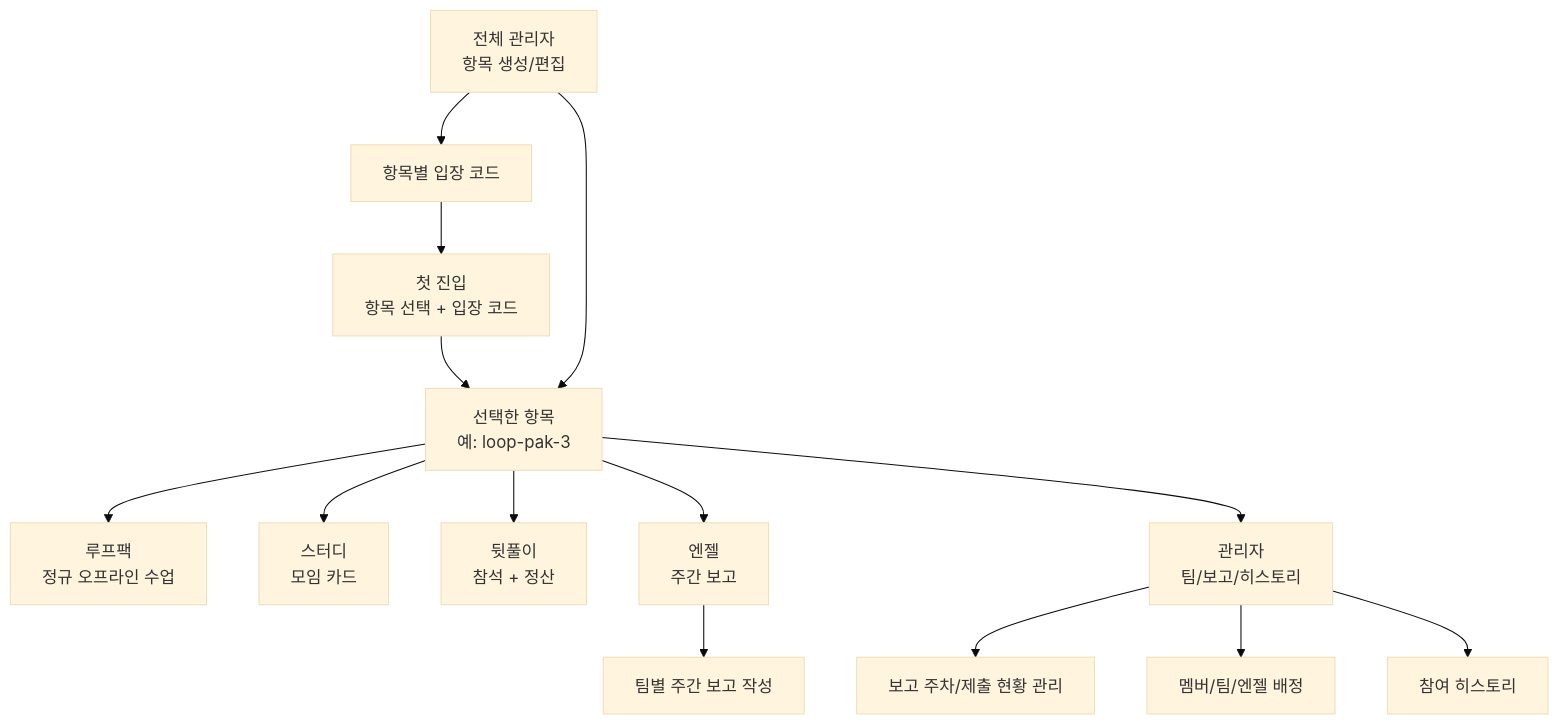
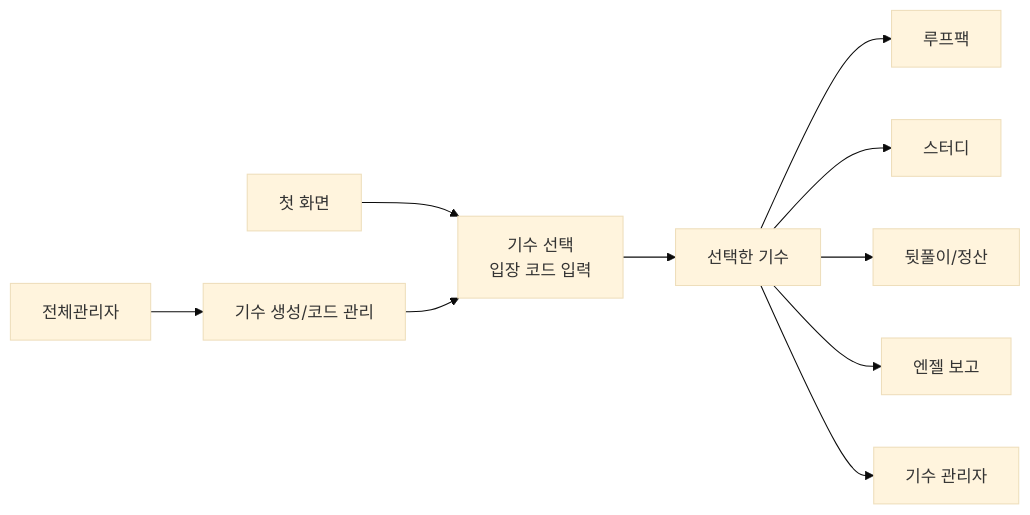
One commit to JeonJe/study-management changed the diagram in README.md. Above: the diagram before and after it, drawn with Mermaid (base theme). The commit also changed other lines of this file and 39 other files, not shown here.

````diff
--- a/README.md
+++ b/README.md
@@ -9,19 +9,12 @@
 ```mermaid
-flowchart TB
-  Entry["첫 진입<br/>항목 선택 + 입장 코드"] --> Unit["선택한 항목<br/>예: loop-pak-3"]
-
-  Unit --> LoopPak["루프팩<br/>정규 오프라인 수업"]
-  Unit --> Study["스터디<br/>모임 카드"]
-  Unit --> Afterparty["뒷풀이<br/>참석 + 정산"]
-  Unit --> Angel["엔젤<br/>주간 보고"]
-  Unit --> UnitAdmin["관리자<br/>팀/보고/히스토리"]
-
-  GlobalAdmin["전체 관리자<br/>항목 생성/편집"] --> Unit
-  GlobalAdmin --> AccessCode["항목별 입장 코드"]
-  AccessCode --> Entry
-
-  Angel --> Reports["팀별 주간 보고 작성"]
-  UnitAdmin --> ReportAdmin["보고 주차/제출 현황 관리"]
-  UnitAdmin --> Members["멤버/팀/엔젤 배정"]
-  UnitAdmin --> History["참여 히스토리"]
+flowchart LR
+  Start["첫 화면"] --> Entry["기수 선택<br/>입장 코드 입력"]
+  Entry --> Cohort["선택한 기수"]
+  Cohort --> LoopPak["루프팩"]
+  Cohort --> Study["스터디"]
+  Cohort --> Afterparty["뒷풀이/정산"]
+  Cohort --> Angel["엔젤 보고"]
+  Cohort --> Admin["기수 관리자"]
+  GlobalAdmin["전체관리자"] --> Units["기수 생성/코드 관리"]
+  Units --> Entry
 ```
````
